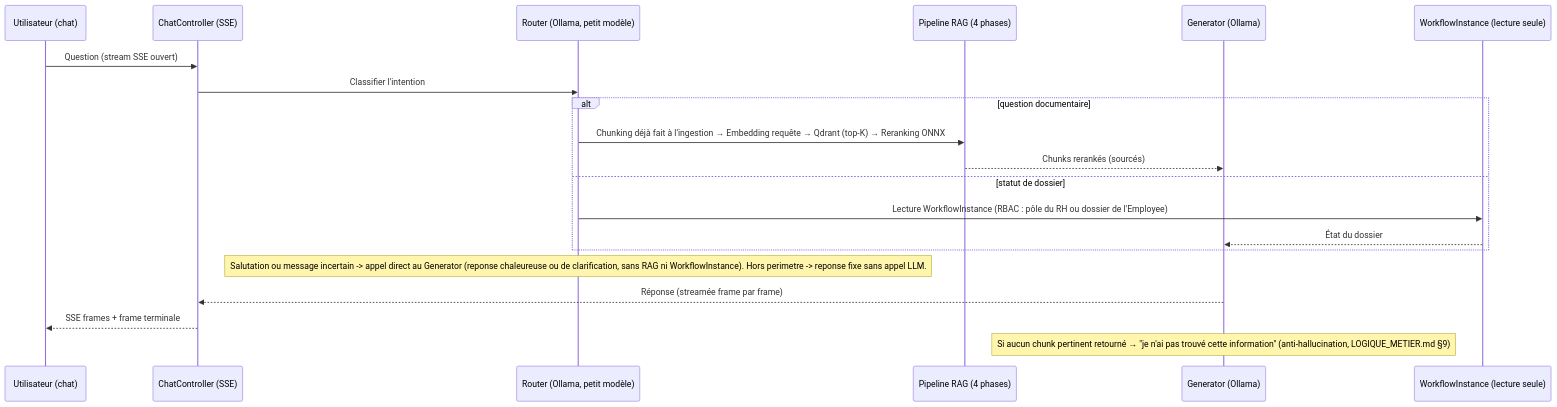
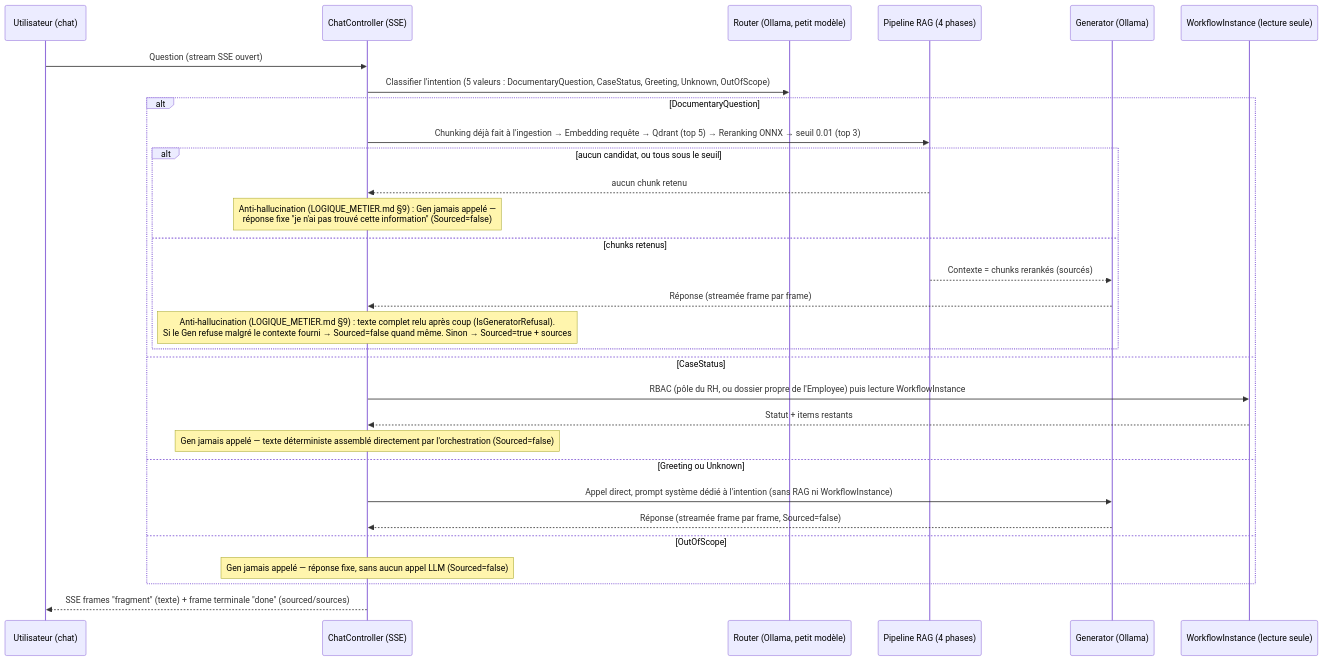
The fifth of 6 diagrams in docs/ARCHITECTURE.md (wekt2k04/arhia), drawn with Mermaid before and after one commit.

Commit message:
Corrige le diagramme de sequence conversationnel (RAG + Router/Generator)
CaseStatus est deterministe (pas d'appel LLM), les 5 intentions sont explicites,
et les deux points d'anti-hallucination sont correctement attribues.

Claude-Session: https://claude.ai/code/session_01VmxxesMHAYyUT1pyVH1zko

````diff
--- a/docs/ARCHITECTURE.md
+++ b/docs/ARCHITECTURE.md
@@ -249,23 +249,35 @@
 ```mermaid
 sequenceDiagram
     participant U as Utilisateur (chat)
     participant Api as ChatController (SSE)
     participant Router as Router (Ollama, petit modèle)
     participant RAG as Pipeline RAG (4 phases)
     participant Gen as Generator (Ollama)
     participant Stat as WorkflowInstance (lecture seule)
 
     U->>Api: Question (stream SSE ouvert)
-    Api->>Router: Classifier l'intention
-    alt question documentaire
-        Router->>RAG: Chunking déjà fait à l'ingestion → Embedding requête → Qdrant (top-K) → Reranking ONNX
-        RAG-->>Gen: Chunks rerankés (sourcés)
-    else statut de dossier
-        Router->>Stat: Lecture WorkflowInstance (RBAC : pôle du RH ou dossier de l'Employee)
-        Stat-->>Gen: État du dossier
+    Api->>Router: Classifier l'intention (5 valeurs : DocumentaryQuestion, CaseStatus, Greeting, Unknown, OutOfScope)
+
+    alt DocumentaryQuestion
+        Api->>RAG: Chunking déjà fait à l'ingestion → Embedding requête → Qdrant (top 5) → Reranking ONNX → seuil 0.01 (top 3)
+        alt aucun candidat, ou tous sous le seuil
+            RAG-->>Api: aucun chunk retenu
+            Note over Api: Anti-hallucination (LOGIQUE_METIER.md §9) : Gen jamais appelé —<br/>réponse fixe "je n'ai pas trouvé cette information" (Sourced=false)
+        else chunks retenus
+            RAG-->>Gen: Contexte = chunks rerankés (sourcés)
+            Gen-->>Api: Réponse (streamée frame par frame)
+            Note over Api: Anti-hallucination (LOGIQUE_METIER.md §9) : texte complet relu après coup (IsGeneratorRefusal).<br/>Si le Gen refuse malgré le contexte fourni → Sourced=false quand même. Sinon → Sourced=true + sources
+        end
+    else CaseStatus
+        Api->>Stat: RBAC (pôle du RH, ou dossier propre de l'Employee) puis lecture WorkflowInstance
+        Stat-->>Api: Statut + items restants
+        Note over Api: Gen jamais appelé — texte déterministe assemblé directement par l'orchestration (Sourced=false)
+    else Greeting ou Unknown
+        Api->>Gen: Appel direct, prompt système dédié à l'intention (sans RAG ni WorkflowInstance)
+        Gen-->>Api: Réponse (streamée frame par frame, Sourced=false)
+    else OutOfScope
+        Note over Api: Gen jamais appelé — réponse fixe, sans aucun appel LLM (Sourced=false)
     end
-    Note over Router: Salutation ou message incertain -> appel direct au Generator (reponse chaleureuse ou de clarification, sans RAG ni WorkflowInstance). Hors perimetre -> reponse fixe sans appel LLM.
-    Gen-->>Api: Réponse (streamée frame par frame)
-    Api-->>U: SSE frames + frame terminale
-    Note over Gen: Si aucun chunk pertinent retourné → "je n'ai pas trouvé cette information" (anti-hallucination, LOGIQUE_METIER.md §9)
+
+    Api-->>U: SSE frames "fragment" (texte) + frame terminale "done" (sourced/sources)
 ```
````
